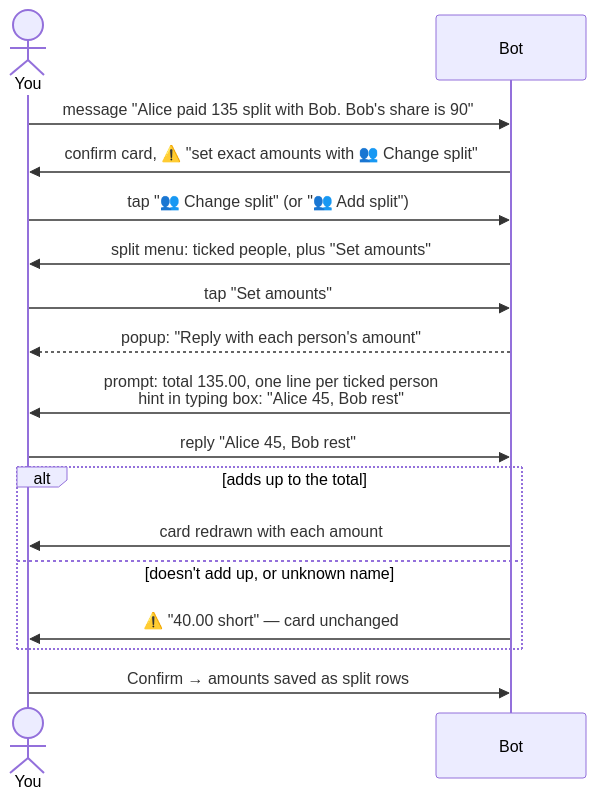
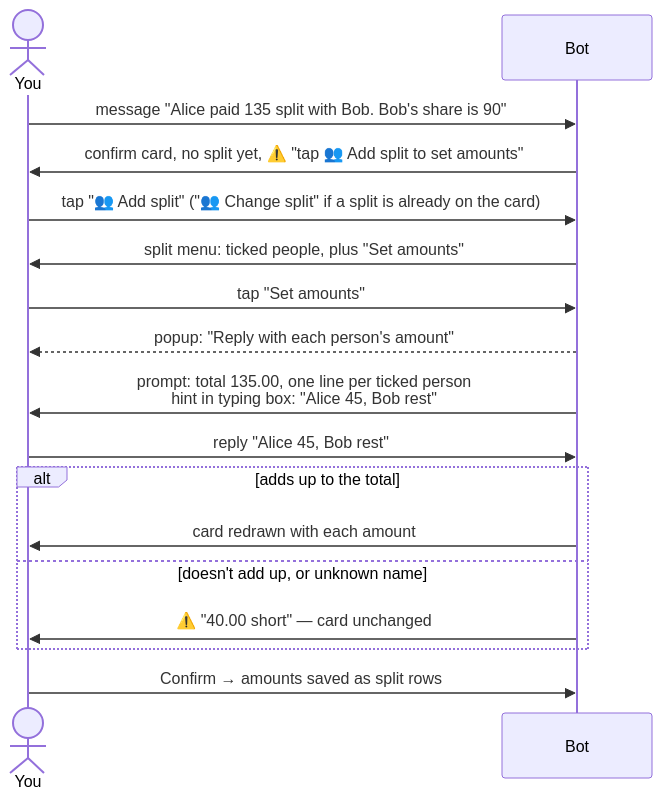
The diagram in docs/decisions/0048-exact-split-amounts-by-reply.md (sujayjangam/unified-ledger-pipeline), drawn with Mermaid before and after one commit.

Commit message:
docs: ADR-0048 - fixed-share message has no split yet, so the button is Add split
Claude-Session: https://claude.ai/code/session_01QRoedU5RHus2Qs68poKGpG

````diff
--- a/docs/decisions/0048-exact-split-amounts-by-reply.md
+++ b/docs/decisions/0048-exact-split-amounts-by-reply.md
@@ -14,19 +14,19 @@
 ```mermaid
 sequenceDiagram
     actor U as You
     participant B as Bot
     U->>B: message "Alice paid 135 split with Bob. Bob's share is 90"
-    B->>U: confirm card, ⚠️ "set exact amounts with 👥 Change split"
-    U->>B: tap "👥 Change split" (or "👥 Add split")
+    B->>U: confirm card, no split yet, ⚠️ "tap 👥 Add split to set amounts"
+    U->>B: tap "👥 Add split" ("👥 Change split" if a split is already on the card)
     B->>U: split menu: ticked people, plus "Set amounts"
     U->>B: tap "Set amounts"
     B-->>U: popup: "Reply with each person's amount"
     B->>U: prompt: total 135.00, one line per ticked person<br/>hint in typing box: "Alice 45, Bob rest"
     U->>B: reply "Alice 45, Bob rest"
     alt adds up to the total
         B->>U: card redrawn with each amount
     else doesn't add up, or unknown name
         B->>U: ⚠️ "40.00 short" — card unchanged
     end
     U->>B: Confirm → amounts saved as split rows
 ```
````
